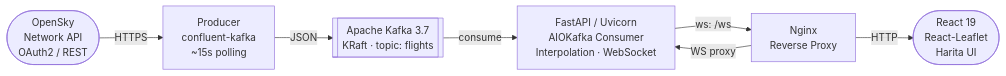
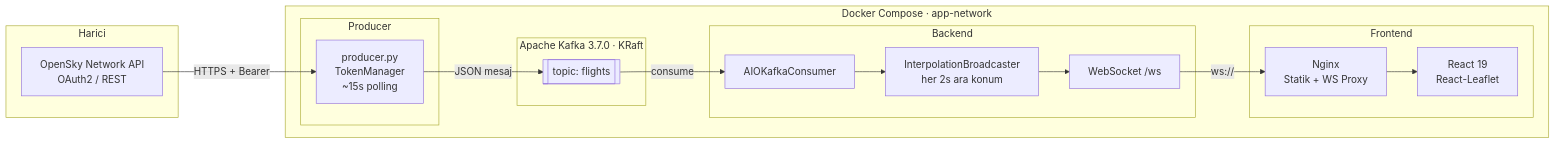
The diagram in README.md (batuhnduzgun/realtime_flight_tracker), drawn with Mermaid before and after one commit.

Commit message:
docs: restore detailed diagram, compact labels

````diff
--- a/README.md
+++ b/README.md
@@ -9,16 +9,31 @@
 ```mermaid
 flowchart LR
-    OS(["OpenSky\nNetwork API\nOAuth2 / REST"])
-    P["Producer\nconfluent-kafka\n~15s polling"]
-    K[["Apache Kafka 3.7\nKRaft · topic: flights"]]
-    B["FastAPI / Uvicorn\nAIOKafka Consumer\nInterpolation · WebSocket"]
-    N["Nginx\nReverse Proxy"]
-    F(["React 19\nReact-Leaflet\nHarita UI"])
+    subgraph EXT["Harici"]
+        OS["OpenSky Network API\nOAuth2 / REST"]
+    end
 
-    OS -->|HTTPS| P
-    P -->|JSON| K
-    K -->|consume| B
-    B -->|ws: /ws| N
-    N -->|WS proxy| B
-    N -->|HTTP| F
+    subgraph DC["Docker Compose · app-network"]
+        subgraph PRD["Producer"]
+            P["producer.py\nTokenManager\n~15s polling"]
+        end
+        subgraph KFK["Apache Kafka 3.7.0 · KRaft"]
+            T[["topic: flights"]]
+        end
+        subgraph BE["Backend"]
+            C["AIOKafkaConsumer"]
+            I["InterpolationBroadcaster\nher 2s ara konum"]
+            WS["WebSocket /ws"]
+            C --> I --> WS
+        end
+        subgraph FE["Frontend"]
+            NG["Nginx\nStatik + WS Proxy"]
+            UI["React 19\nReact-Leaflet"]
+            NG --> UI
+        end
+    end
+
+    OS -->|HTTPS + Bearer| P
+    P -->|JSON mesaj| T
+    T -->|consume| C
+    WS -->|ws://| NG
 ```
````
